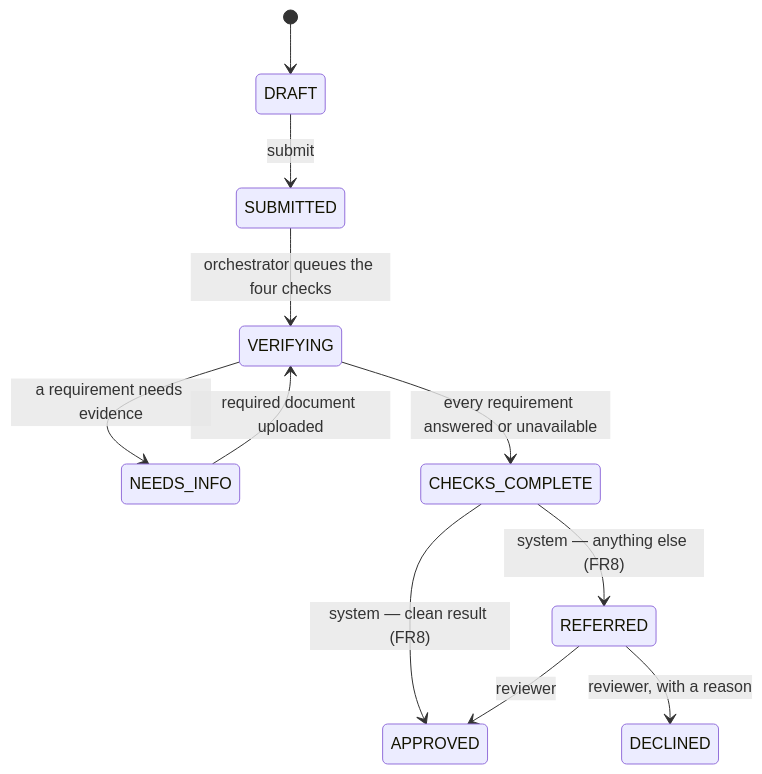
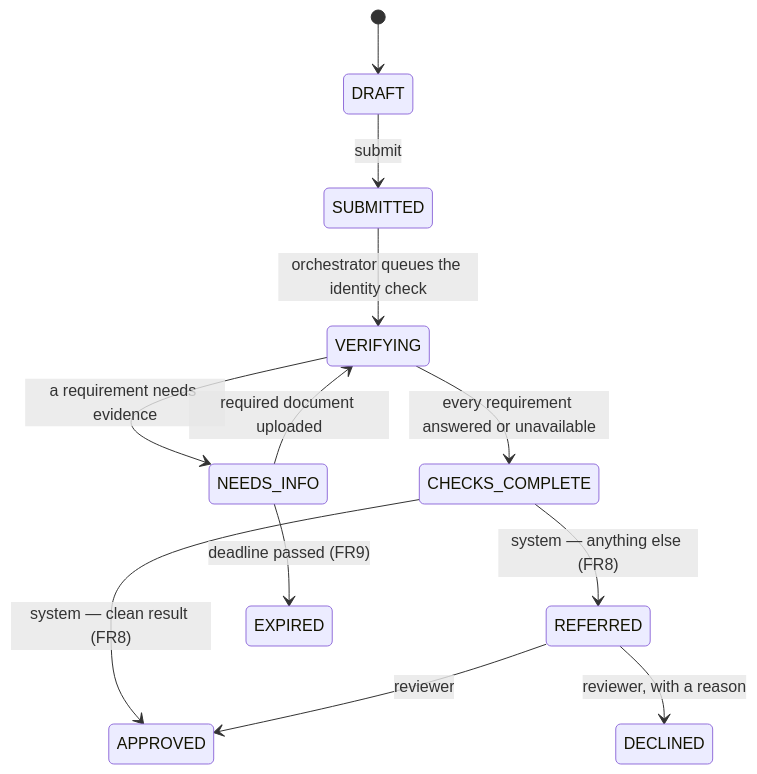
Before and after one commit to mettyoung/credit-card-system: the second of 7 diagrams in README.md, drawn with Mermaid. The commit also changed other lines of this file and 6 other files, not shown here.

First line of the commit message:
docs: refresh specs and diagrams to the built system

````diff
--- a/README.md
+++ b/README.md
@@ -165,13 +167,14 @@
 ```mermaid
 stateDiagram-v2
     [*] --> DRAFT
     DRAFT --> SUBMITTED: submit
-    SUBMITTED --> VERIFYING: orchestrator queues the four checks
+    SUBMITTED --> VERIFYING: orchestrator queues the identity check
     VERIFYING --> NEEDS_INFO: a requirement needs evidence
     NEEDS_INFO --> VERIFYING: required document uploaded
     VERIFYING --> CHECKS_COMPLETE: every requirement answered or unavailable
     CHECKS_COMPLETE --> APPROVED: system — clean result (FR8)
     CHECKS_COMPLETE --> REFERRED: system — anything else (FR8)
     REFERRED --> APPROVED: reviewer
     REFERRED --> DECLINED: reviewer, with a reason
+    NEEDS_INFO --> EXPIRED: deadline passed (FR9)
 ```
````
